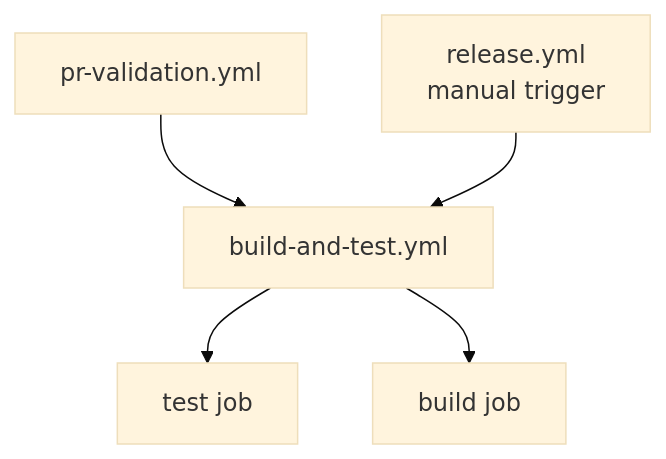
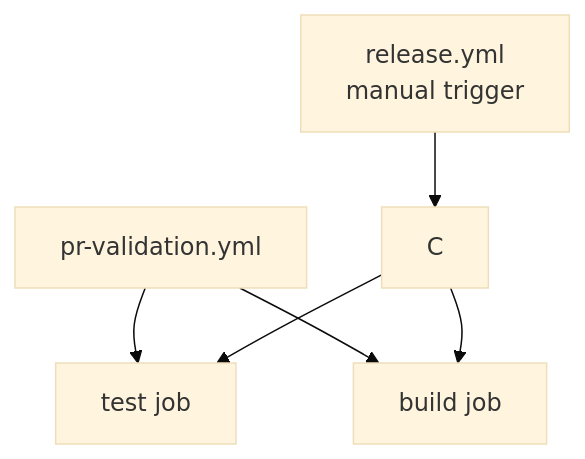
The diagram in .github/workflows/README.md (jmeachum/WigAI), drawn with Mermaid (base theme) before and after one commit. The commit also changed other lines of this file and 1 other file, not shown here.

Commit message:
fix(ci): expose explicit Test/Build checks in PR Validation

````diff
--- a/.github/workflows/README.md
+++ b/.github/workflows/README.md
@@ -20,7 +20,8 @@
 ```mermaid
 graph TD
-    A[pr-validation.yml] --> C[build-and-test.yml]
+    A[pr-validation.yml] --> D[test job]
+    A[pr-validation.yml] --> E[build job]
     B[release.yml<br/>manual trigger] --> C
     C --> D[test job]
     C --> E[build job]
 ```
````
